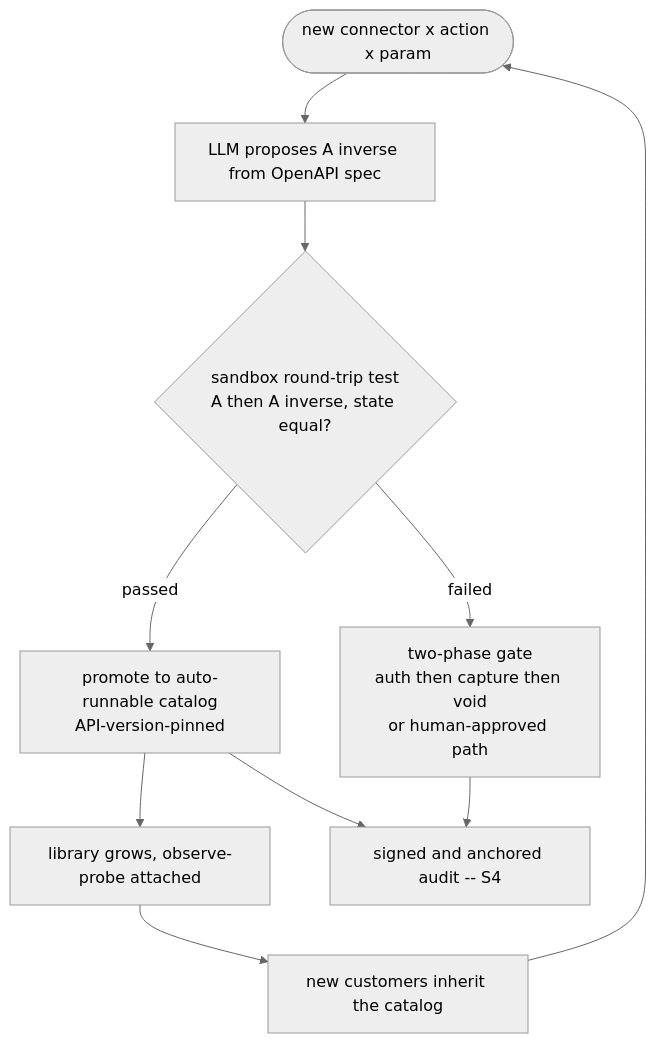
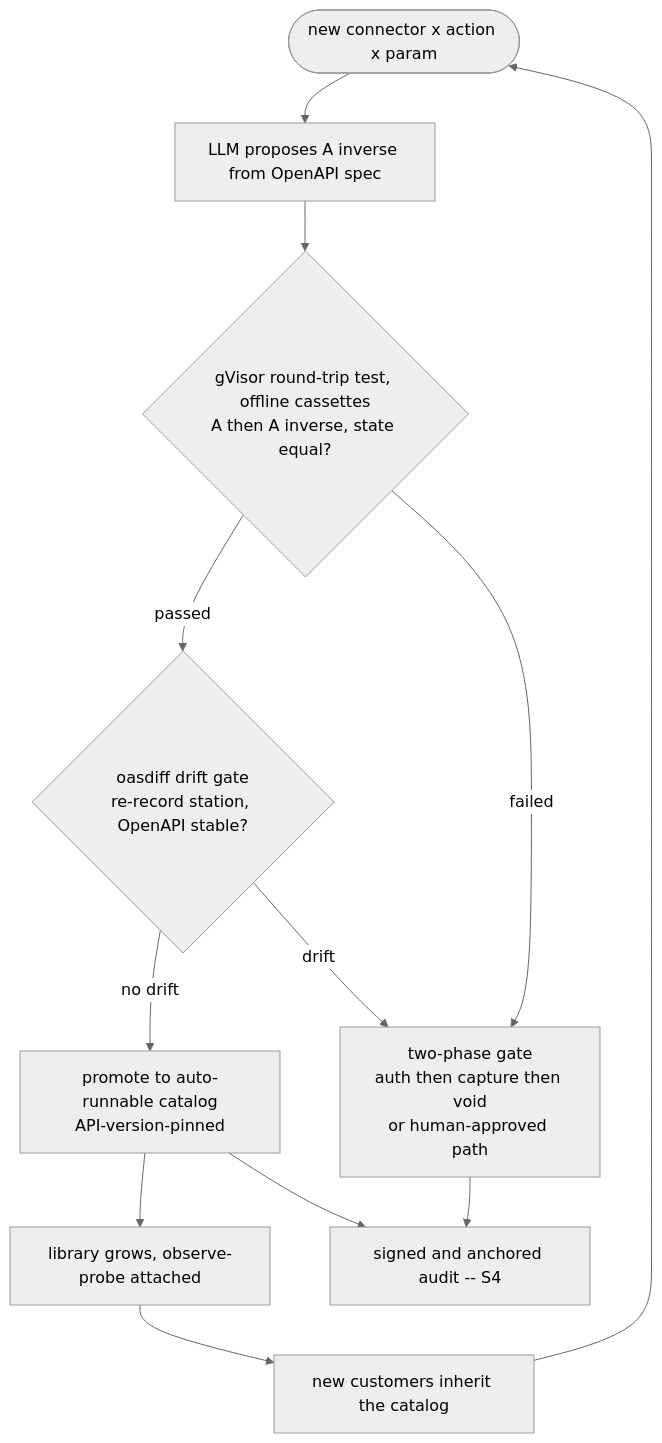
Before and after one commit to HodeTech/provna: the second of 2 diagrams in docs/architecture/pillar-2-transactional-compensation.md, drawn with Mermaid (neutral theme). The commit also changed other lines of this file and 24 other files, not shown here.

````diff
--- a/docs/architecture/pillar-2-transactional-compensation.md
+++ b/docs/architecture/pillar-2-transactional-compensation.md
@@ -69,12 +69,14 @@
 ```mermaid
 flowchart TD
     NEW(["new connector x action x param"]) --> PROP["LLM proposes A inverse from OpenAPI spec"]
-    PROP --> TEST{"sandbox round-trip test\nA then A inverse, state equal?"}
-    TEST -->|"passed"| PROMO["promote to auto-runnable catalog\nAPI-version-pinned"]
+    PROP --> TEST{"gVisor round-trip test, offline cassettes\nA then A inverse, state equal?"}
+    TEST -->|"passed"| DRIFT{"oasdiff drift gate\nre-record station, OpenAPI stable?"}
     TEST -->|"failed"| TWOPHASE["two-phase gate\nauth then capture then void\nor human-approved path"]
+    DRIFT -->|"no drift"| PROMO["promote to auto-runnable catalog\nAPI-version-pinned"]
+    DRIFT -->|"drift"| TWOPHASE
     PROMO --> GROW["library grows, observe-probe attached"]
     GROW --> INHERIT["new customers inherit the catalog"]
     INHERIT --> NEW
     TWOPHASE --> AUD["signed and anchored audit -- S4"]
     PROMO --> AUD
 ```
````
